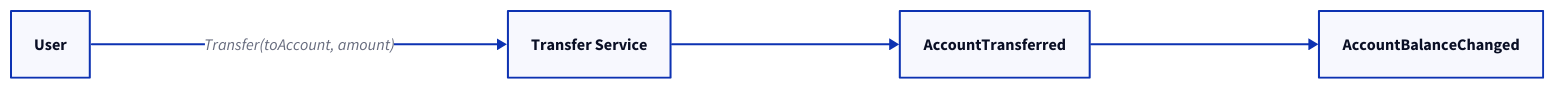
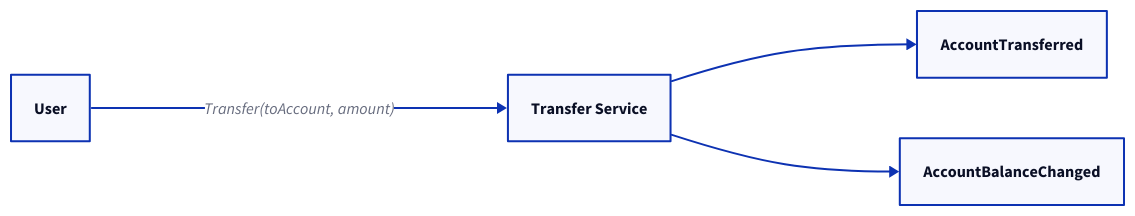
One commit to link1905/system-design-101 changed diagram 13 of 17 in content/docs/design-patterns/event-driven-architecture/event-sourcing.md. Above: the diagram before and after it, drawn with D2. The commit also changed other lines of this file and 11 other files, not shown here.

````diff
--- a/content/docs/design-patterns/event-driven-architecture/event-sourcing.md
+++ b/content/docs/design-patterns/event-driven-architecture/event-sourcing.md
@@ -529,18 +493,18 @@
 ```d2
 direction: right
 e: User {
-    class: user
+    class: client
 }
 th: Transfer Service {
     class: process  
 }
 at: AccountTransferred {
-    class: event
+    class: msg
 }
 ab: AccountBalanceChanged {
-    class: event
+    class: msg
 }
 e -> th: "Transfer(toAccount, amount)"
 th -> at
-at -> ab
+th -> ab
 ```
````
